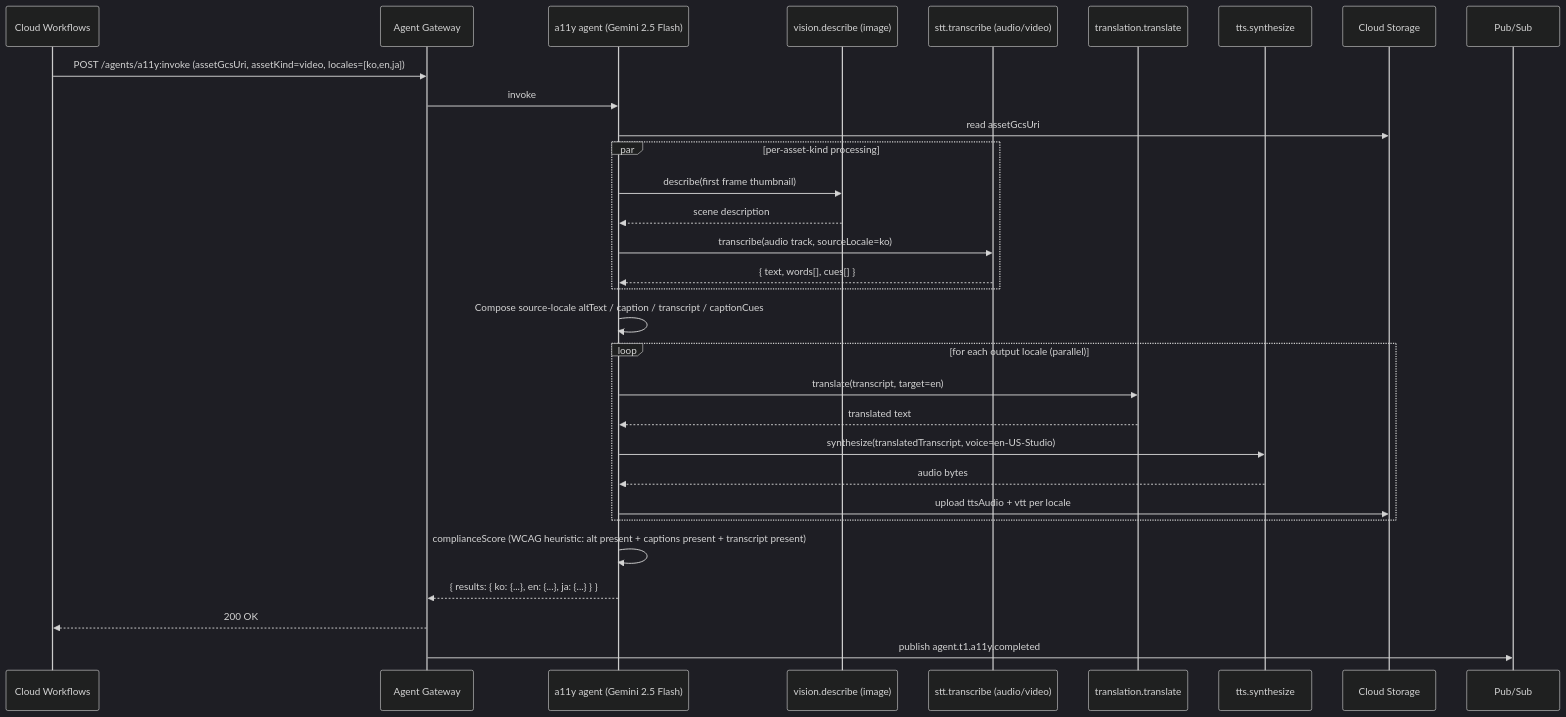
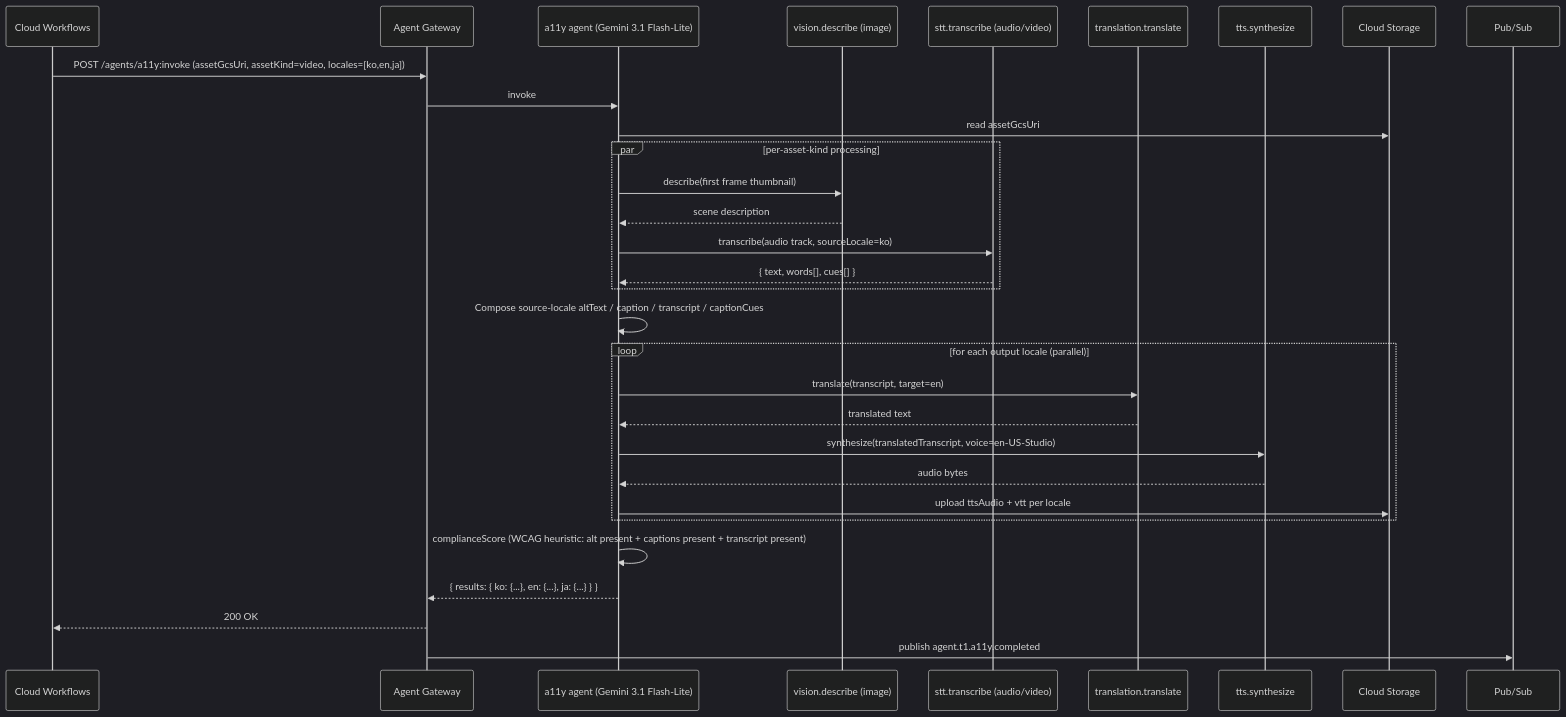
Before and after one commit to Two-Weeks-Team/social-seeding-v2-public: the diagram in gcp-research/specs/tier1/a11y.spec.md, drawn with Mermaid (dark theme). The commit also changed other lines of this file and 30 other files, not shown here.

````diff
--- a/gcp-research/specs/tier1/a11y.spec.md
+++ b/gcp-research/specs/tier1/a11y.spec.md
@@ -132,34 +132,34 @@
 ```mermaid
 sequenceDiagram
   participant WF as Cloud Workflows
   participant AG as Agent Gateway
-  participant AY as a11y agent (Gemini 2.5 Flash)
+  participant AY as a11y agent (Gemini 3.1 Flash-Lite)
   participant VD as vision.describe (image)
   participant ST as stt.transcribe (audio/video)
   participant TR as translation.translate
   participant TS as tts.synthesize
   participant CS as Cloud Storage
   participant PS as Pub/Sub
 
   WF->>AG: POST /agents/a11y:invoke (assetGcsUri, assetKind=video, locales=[ko,en,ja])
   AG->>AY: invoke
   AY->>CS: read assetGcsUri
   par per-asset-kind processing
     AY->>VD: describe(first frame thumbnail)
     VD-->>AY: scene description
     AY->>ST: transcribe(audio track, sourceLocale=ko)
     ST-->>AY: { text, words[], cues[] }
   end
   AY->>AY: Compose source-locale altText / caption / transcript / captionCues
   loop for each output locale (parallel)
     AY->>TR: translate(transcript, target=en)
     TR-->>AY: translated text
     AY->>TS: synthesize(translatedTranscript, voice=en-US-Studio)
     TS-->>AY: audio bytes
     AY->>CS: upload ttsAudio + vtt per locale
   end
   AY->>AY: complianceScore (WCAG heuristic: alt present + captions present + transcript present)
   AY-->>AG: { results: { ko: {...}, en: {...}, ja: {...} } }
   AG-->>WF: 200 OK
   AG->>PS: publish agent.t1.a11y.completed
 ```
````
